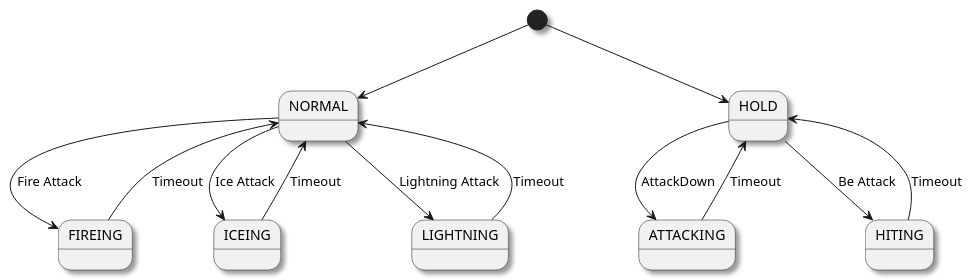
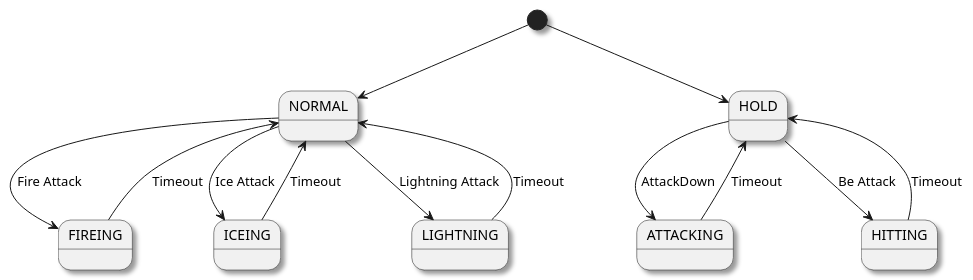
Before and after one commit to tingyunaiai9/The-Journey-of-Wizard: the diagram in doc/hero_state.pu, drawn with PlantUML. The commit also changed 10 other files, not shown here.

```diff
--- a/doc/hero_state.pu
+++ b/doc/hero_state.pu
@@ -1,20 +1,20 @@
 @startuml
 
 skinparam shadowing true
 
 [*] --> NORMAL
 
 NORMAL --> FIREING : Fire Attack
 FIREING --> NORMAL : Timeout
 NORMAL --> ICEING : Ice Attack
 ICEING --> NORMAL : Timeout
 NORMAL --> LIGHTNING : Lightning Attack
 LIGHTNING --> NORMAL : Timeout
 
 [*] --> HOLD
 HOLD --> ATTACKING : AttackDown
 ATTACKING --> HOLD : Timeout
-HOLD --> HITING : Be Attack
-HITING --> HOLD : Timeout
+HOLD --> HITTING : Be Attack
+HITTING --> HOLD : Timeout
 
 @enduml
```
